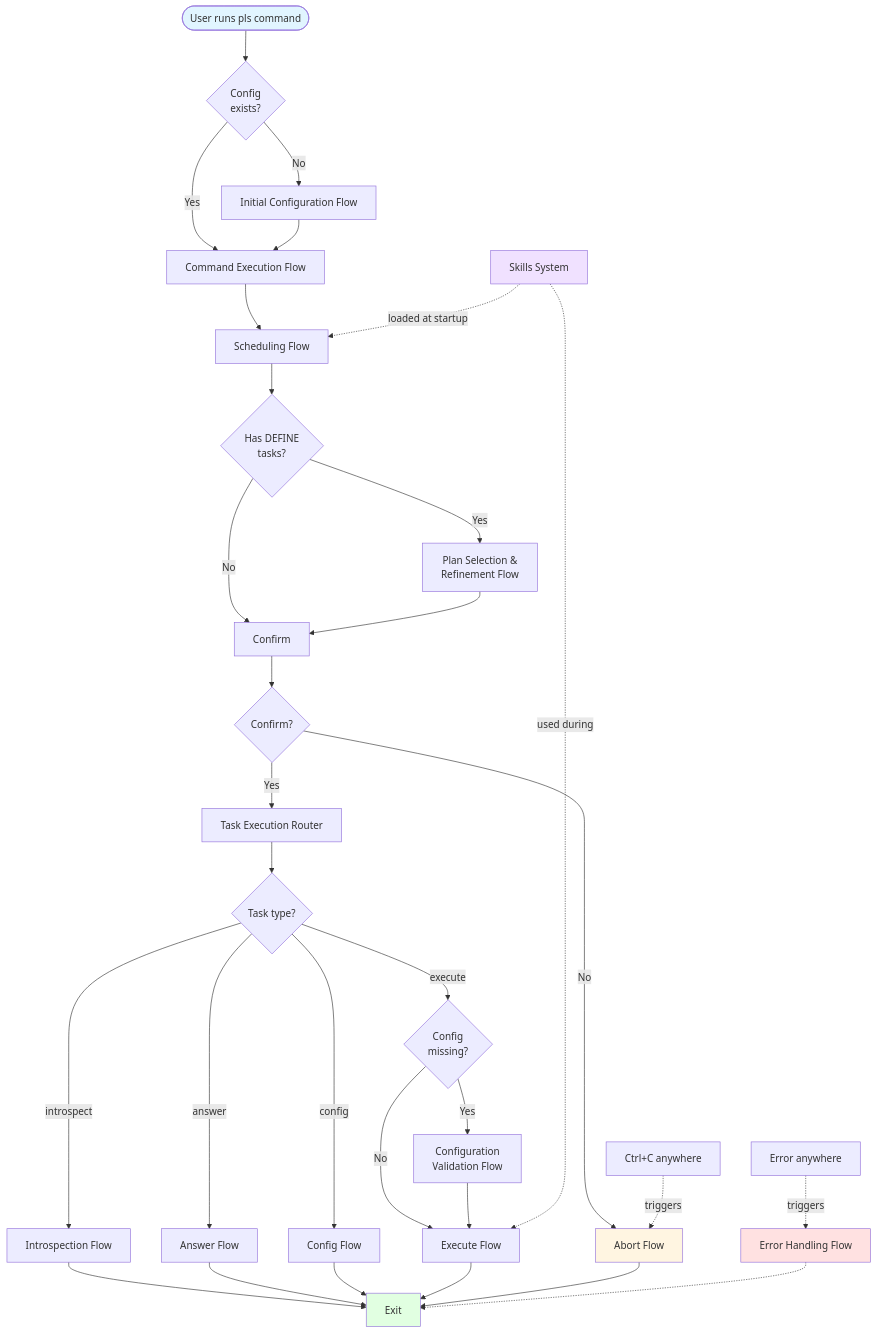
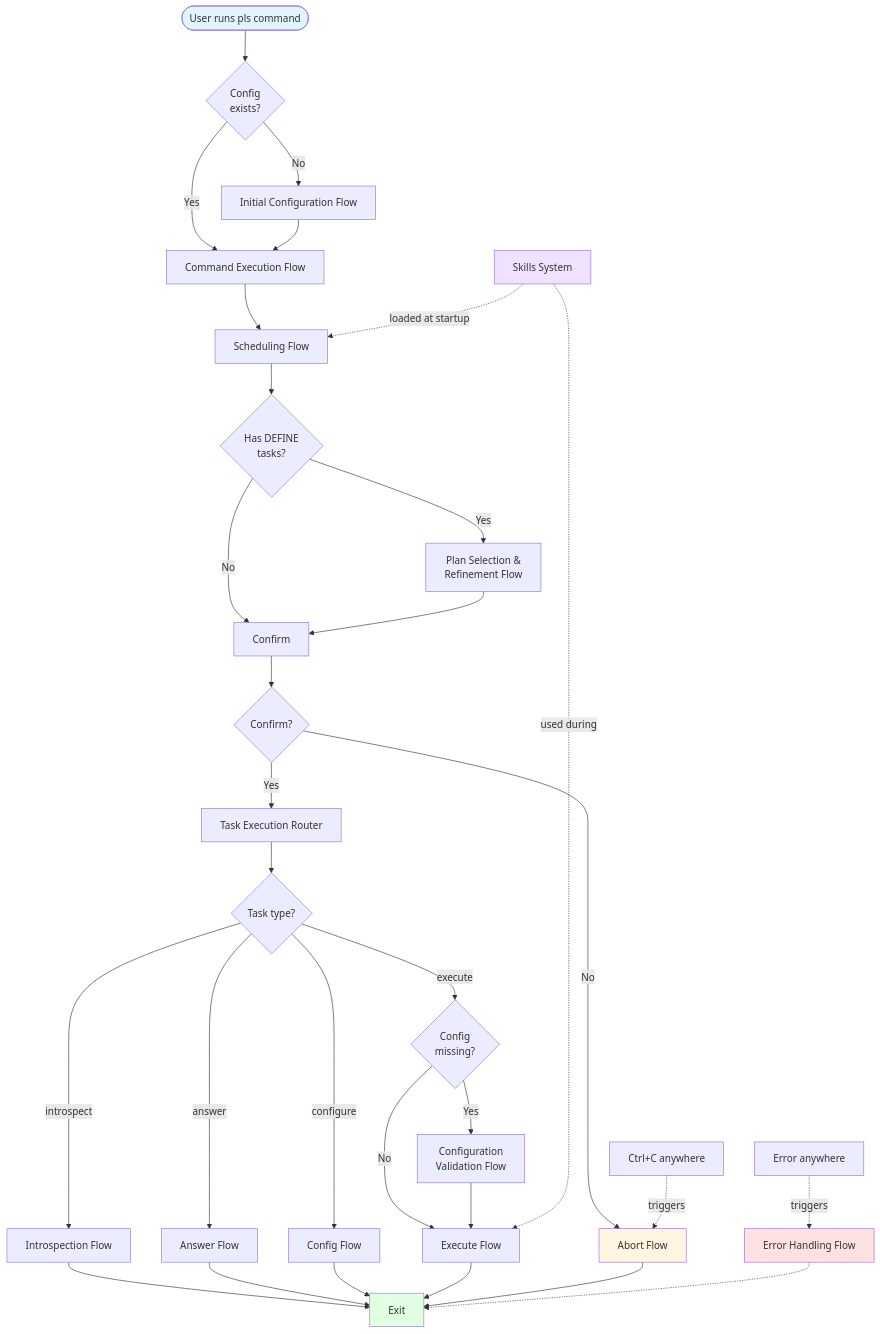
Diagram 18 of 18 in FLOWS.md (aswitalski/pls), drawn with Mermaid before and after one commit. The commit also changed other lines of this file and 2 other files, not shown here.

Commit message:
Update flow documentation to reflect codebase

````diff
--- a/FLOWS.md
+++ b/FLOWS.md
@@ -875,54 +882,54 @@
 ```mermaid
 flowchart TD
     Start([User runs pls command]) --> ConfigCheck{Config<br/>exists?}
 
     ConfigCheck -->|No| InitConfig[Initial Configuration Flow]
     ConfigCheck -->|Yes| CommandFlow[Command Execution Flow]
 
     InitConfig --> CommandFlow
 
     CommandFlow --> PlanFlow[Scheduling Flow]
     PlanFlow --> HasDefine{Has DEFINE<br/>tasks?}
 
     HasDefine -->|Yes| SelectRefine[Plan Selection &<br/>Refinement Flow]
     HasDefine -->|No| ConfirmFlow[Confirm]
 
     SelectRefine --> ConfirmFlow
     ConfirmFlow --> UserConfirm{Confirm?}
 
     UserConfirm -->|No| Abort[Abort Flow]
     UserConfirm -->|Yes| Router[Task Execution Router]
 
     Router --> TypeCheck{Task type?}
 
     TypeCheck -->|introspect| Introspect[Introspection Flow]
     TypeCheck -->|answer| Answer[Answer Flow]
-    TypeCheck -->|config| ConfigExec[Config Flow]
+    TypeCheck -->|configure| ConfigExec[Config Flow]
     TypeCheck -->|execute| ExecuteCheck{Config<br/>missing?}
 
     ExecuteCheck -->|Yes| ConfigVal[Configuration<br/>Validation Flow]
     ExecuteCheck -->|No| Execute[Execute Flow]
 
     ConfigVal --> Execute
 
     Introspect --> Exit
     Answer --> Exit
     ConfigExec --> Exit
     Execute --> Exit
     Abort --> Exit[Exit]
 
     ErrorAny[Error anywhere] -.->|triggers| ErrorFlow[Error Handling Flow]
     ErrorFlow -.-> Exit
 
     AbortAny[Ctrl+C anywhere] -.->|triggers| Abort
 
     SkillSystem[Skills System]
     SkillSystem -.->|loaded at startup| PlanFlow
     SkillSystem -.->|used during| Execute
 
     style Start fill:#e1f5ff
     style Exit fill:#e1ffe1
     style ErrorFlow fill:#ffe1e1
     style Abort fill:#fff5e1
     style SkillSystem fill:#f0e1ff
 ```
````
